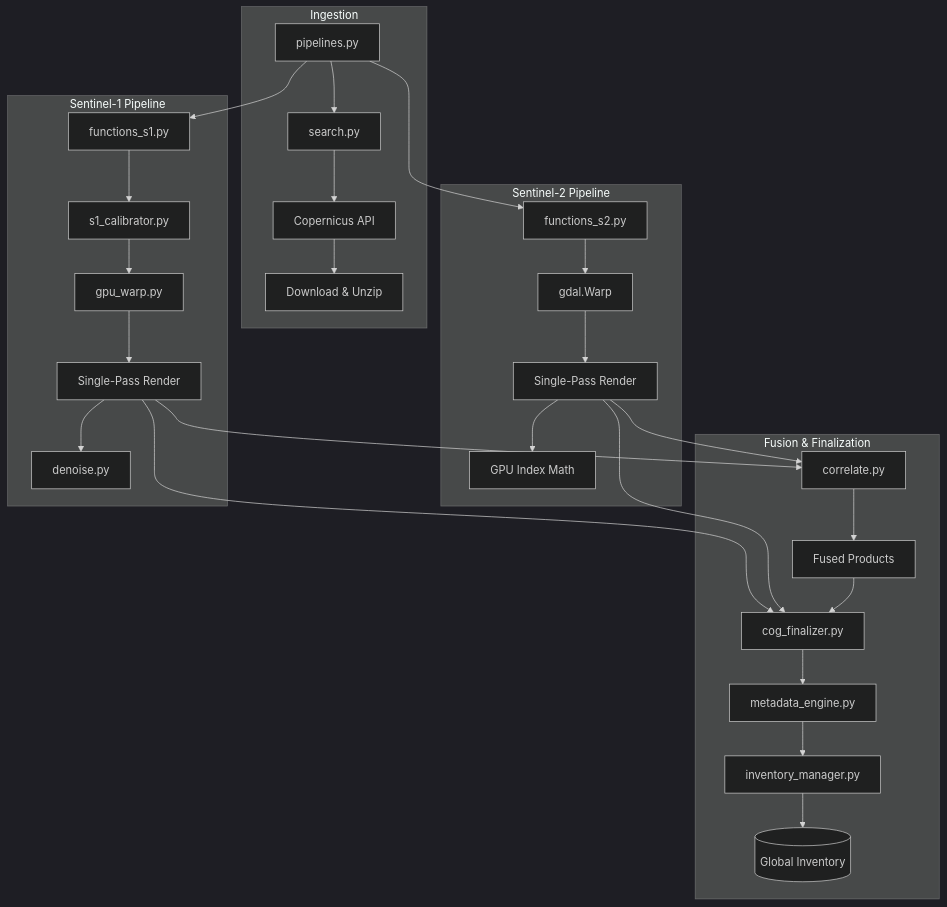
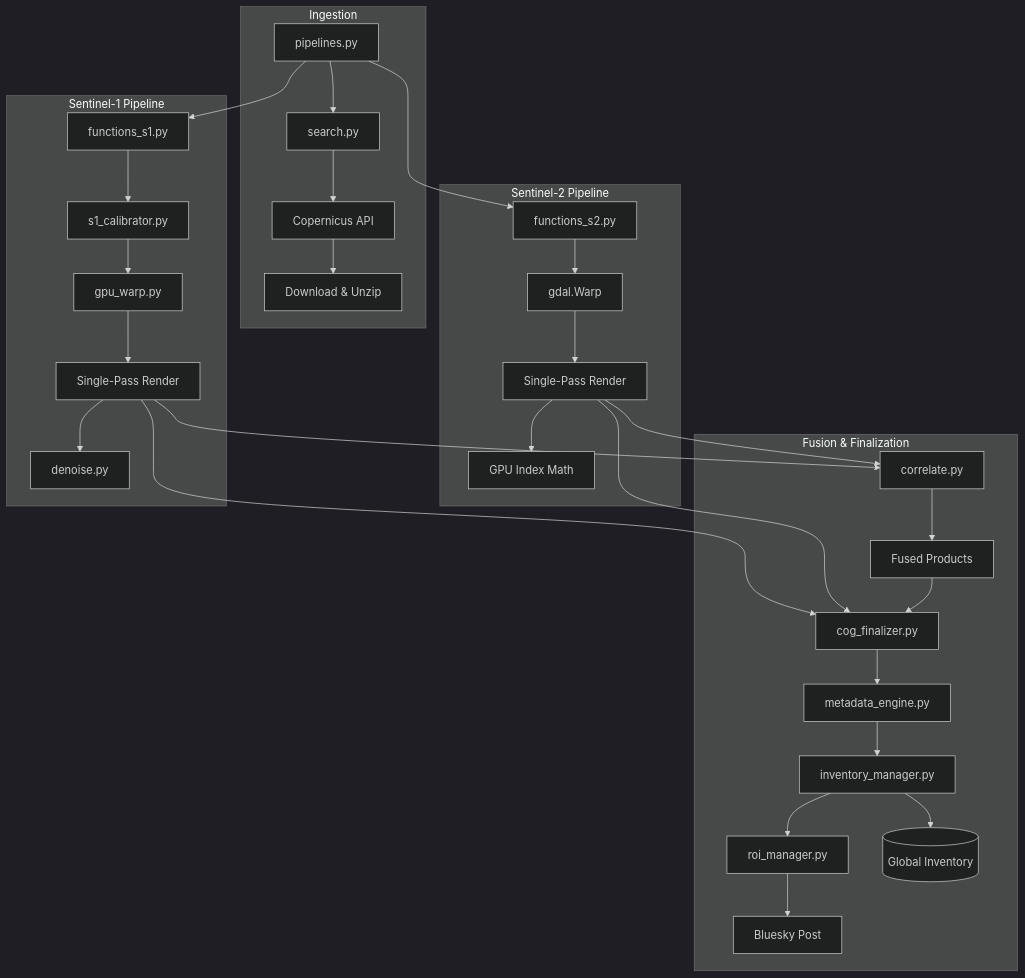
Before and after one commit to sgofferj/python-sentinel-pipeline: the diagram in PROJECT_OVERVIEW.md, drawn with Mermaid (dark theme). The commit also changed other lines of this file and 1 other file, not shown here.

````diff
--- a/PROJECT_OVERVIEW.md
+++ b/PROJECT_OVERVIEW.md
@@ -30,34 +30,36 @@
 ```mermaid
 graph TD
     subgraph "Ingestion"
         P[pipelines.py] --> S[search.py]
         S --> D[Copernicus API]
         D --> DL[Download & Unzip]
     end
 
     subgraph "Sentinel-1 Pipeline"
         P --> S1P[functions_s1.py]
         S1P --> S1C[s1_calibrator.py]
         S1C --> S1W[gpu_warp.py]
         S1W --> S1R[Single-Pass Render]
         S1R --> DN[denoise.py]
     end
 
     subgraph "Sentinel-2 Pipeline"
         P --> S2P[functions_s2.py]
         S2P --> S2W[gdal.Warp]
         S2W --> S2R[Single-Pass Render]
         S2R --> IDX[GPU Index Math]
     end
 
     subgraph "Fusion & Finalization"
         S1R --> COR[correlate.py]
         S2R --> COR
         COR --> FUS[Fused Products]
         
         S1R & S2R & FUS --> COG[cog_finalizer.py]
         COG --> META[metadata_engine.py]
         META --> INV[inventory_manager.py]
+        INV --> ROI[roi_manager.py]
+        ROI --> BSKY[Bluesky Post]
         INV --> OUT[(Global Inventory)]
     end
 ```
````
